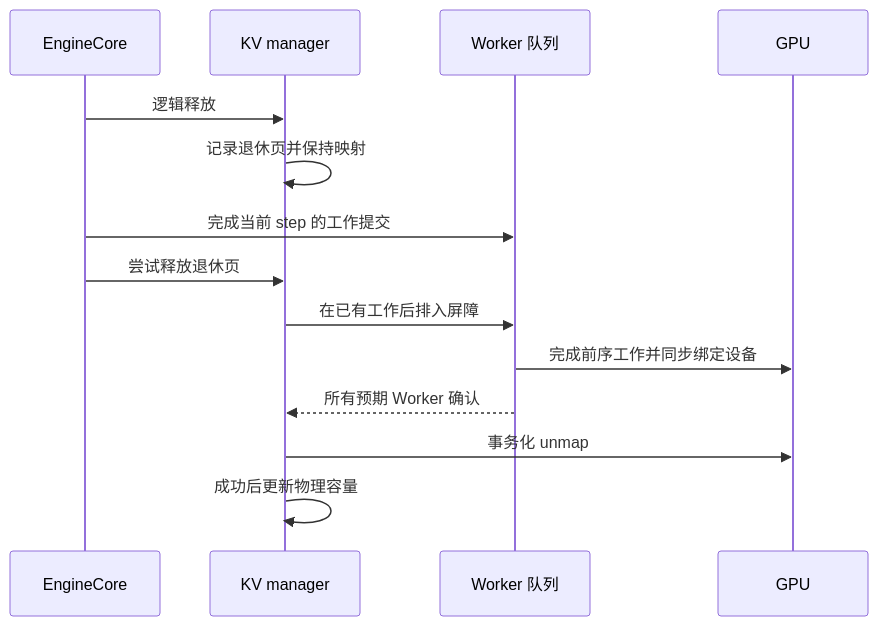
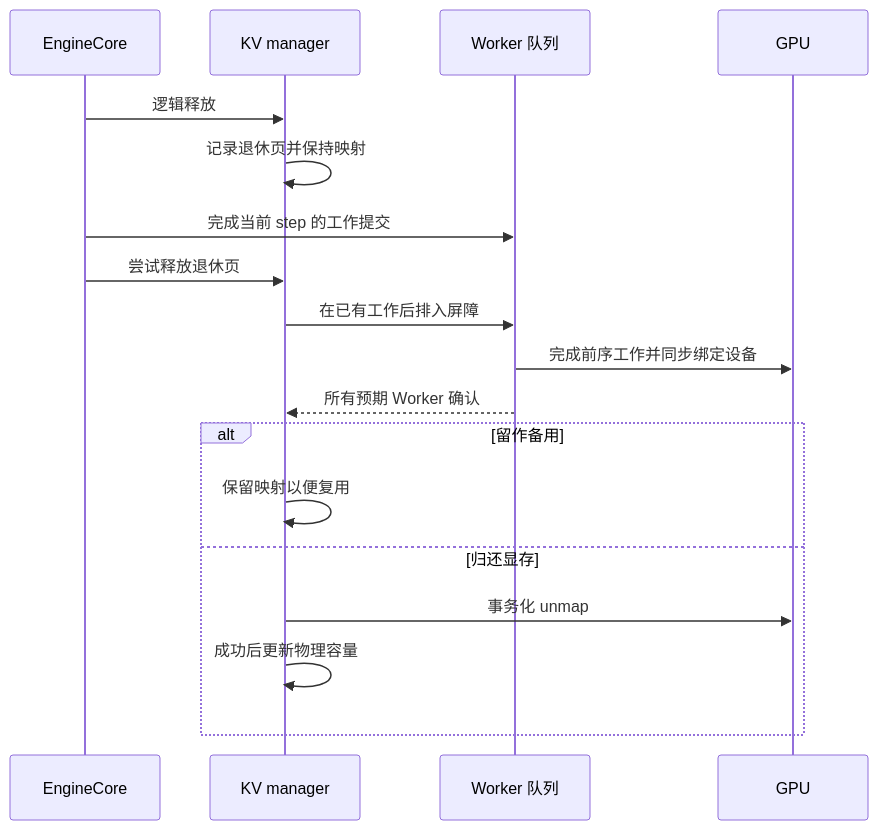
Before and after one commit to shipiyouniao/shipiyouniao.github.io: the second of 2 diagrams in src/articles/zh/async-unmap.md, drawn with Mermaid. The commit also changed other lines of this file and 35 other files, not shown here.

````diff
--- a/src/articles/zh/async-unmap.md
+++ b/src/articles/zh/async-unmap.md
@@ -28,16 +28,20 @@
 ```mermaid
 sequenceDiagram
     participant E as EngineCore
     participant M as KV manager
     participant W as Worker 队列
     participant G as GPU
     E->>M: 逻辑释放
     M->>M: 记录退休页并保持映射
     E->>W: 完成当前 step 的工作提交
     E->>M: 尝试释放退休页
     M->>W: 在已有工作后排入屏障
     W->>G: 完成前序工作并同步绑定设备
     W-->>M: 所有预期 Worker 确认
+    alt 留作备用
+    M->>M: 保留映射以便复用
+    else 归还显存
     M->>G: 事务化 unmap
     M->>M: 成功后更新物理容量
+    end
 ```
````
